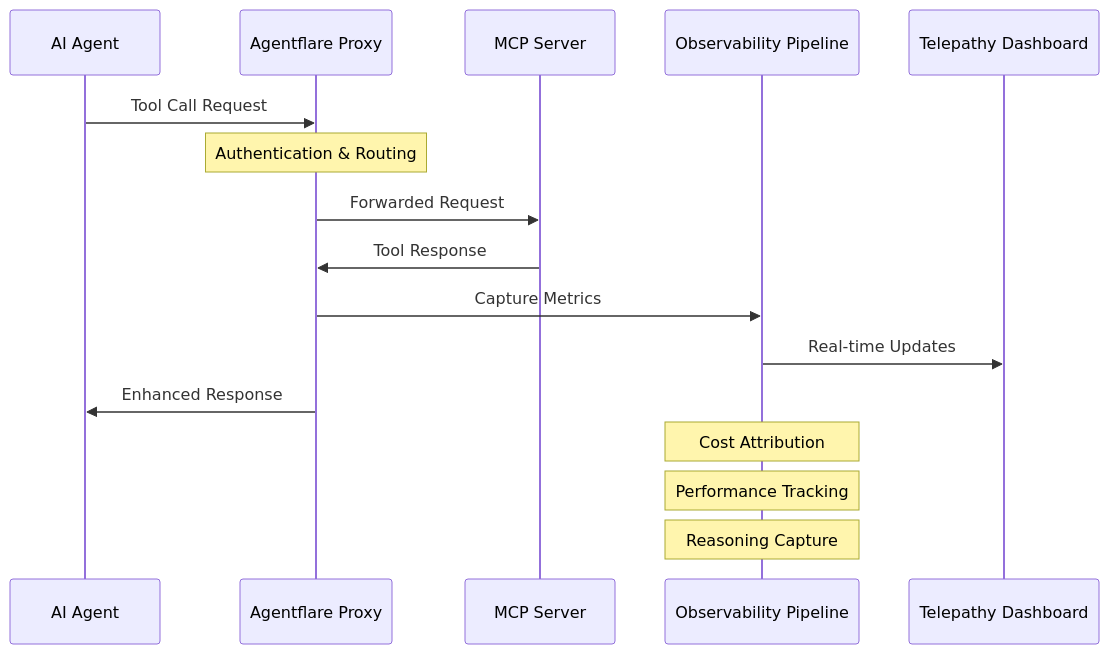
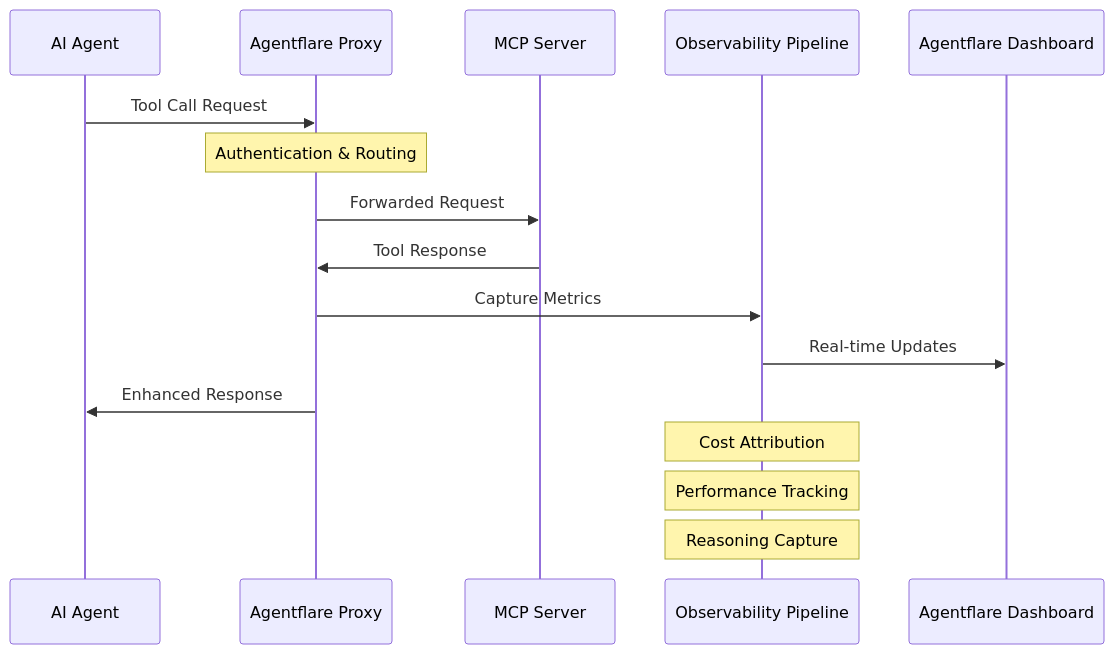
One commit to agentflare-ai/docs changed the first of 2 diagrams in content/mcp-proxy.mdx. Above: the diagram before and after it, drawn with Mermaid. The commit also changed 13 other files, not shown here.

First line of the commit message:
Rebrand Telepathy to Agentflare and update docs

````diff
--- a/content/mcp-proxy.mdx
+++ b/content/mcp-proxy.mdx
@@ -15,22 +15,22 @@
 ```mermaid
 sequenceDiagram
     participant Agent as AI Agent
     participant Proxy as Agentflare Proxy
     participant Server as MCP Server
     participant Pipeline as Observability Pipeline
-    participant Dashboard as Telepathy Dashboard
+    participant Dashboard as Agentflare Dashboard
     
     Agent->>Proxy: Tool Call Request
     Note over Proxy: Authentication & Routing
     Proxy->>Server: Forwarded Request
     Server->>Proxy: Tool Response
     
     Proxy->>Pipeline: Capture Metrics
     Pipeline->>Dashboard: Real-time Updates
     
     Proxy->>Agent: Enhanced Response
     
     Note over Pipeline: Cost Attribution
     Note over Pipeline: Performance Tracking
     Note over Pipeline: Reasoning Capture
 ```
````
